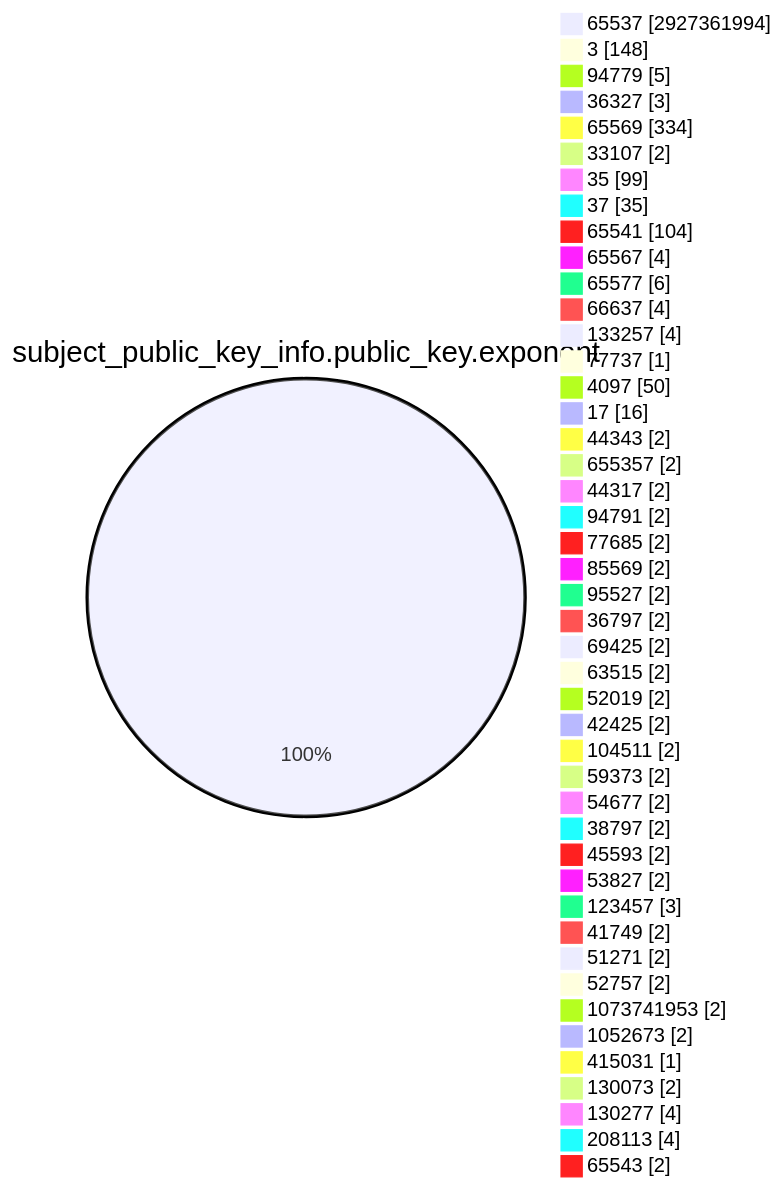
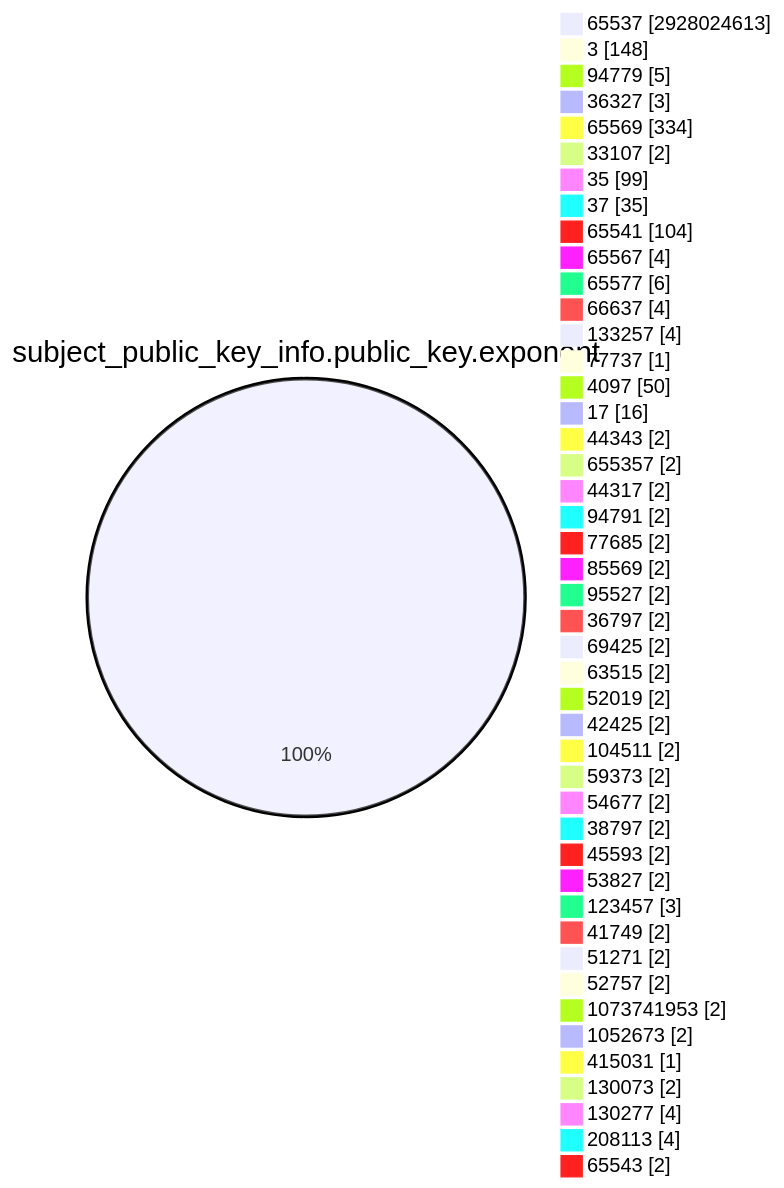
The fourth of 15 diagrams in TOTAL/README.md (christiankrug/ctmonitor_visualization), drawn with Mermaid before and after one commit. The commit also changed other lines of this file, not shown here.

````diff
--- a/TOTAL/README.md
+++ b/TOTAL/README.md
@@ -1469,49 +1469,49 @@
 ```mermaid
 pie showData
 title subject_public_key_info.public_key.exponent
-"65537" :2927361994
+"65537" :2928024613
 "3" :148
 "94779" :5
 "36327" :3
 "65569" :334
 "33107" :2
 "35" :99
 "37" :35
 "65541" :104
 "65567" :4
 "65577" :6
 "66637" :4
 "133257" :4
 "77737" :1
 "4097" :50
 "17" :16
 "44343" :2
 "655357" :2
 "44317" :2
 "94791" :2
 "77685" :2
 "85569" :2
 "95527" :2
 "36797" :2
 "69425" :2
 "63515" :2
 "52019" :2
 "42425" :2
 "104511" :2
 "59373" :2
 "54677" :2
 "38797" :2
 "45593" :2
 "53827" :2
 "123457" :3
 "41749" :2
 "51271" :2
 "52757" :2
 "1073741953" :2
 "1052673" :2
 "415031" :1
 "130073" :2
 "130277" :4
 "208113" :4
 "65543" :2
 ```
````
